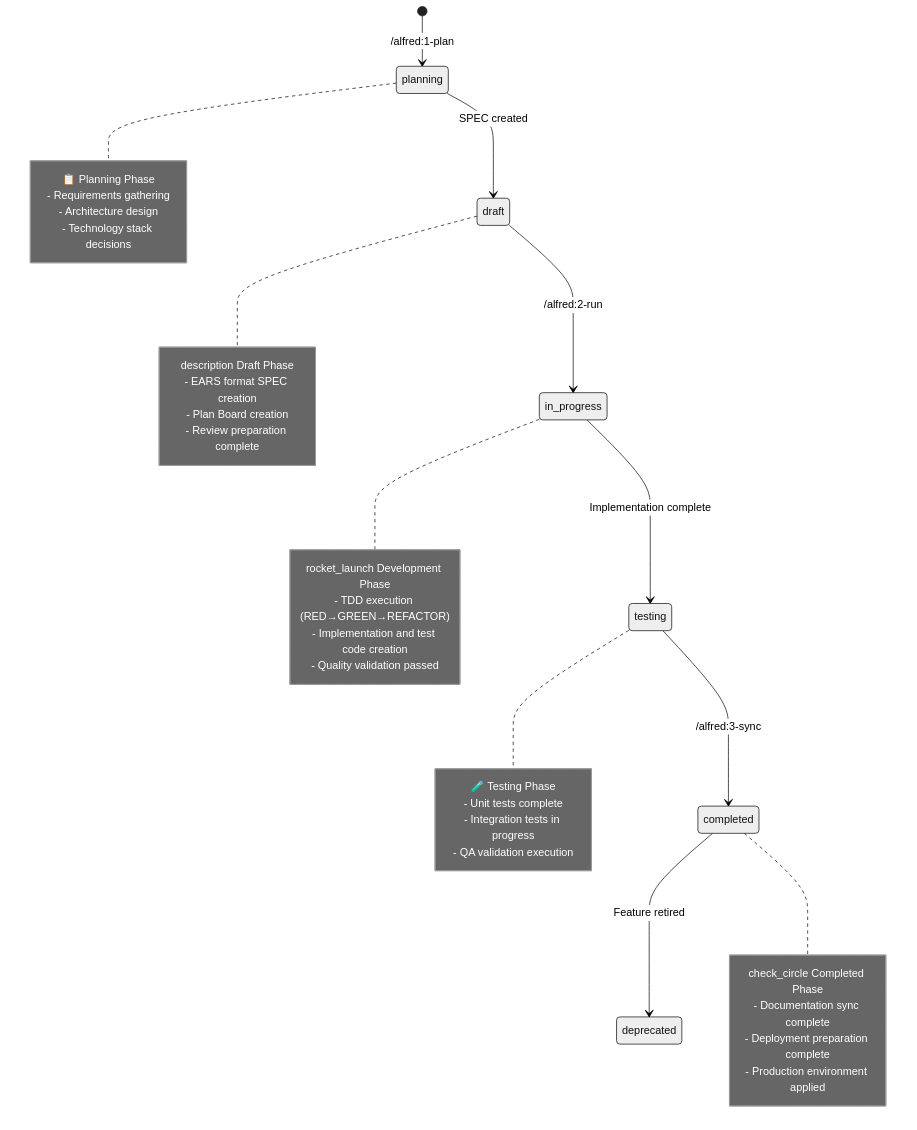
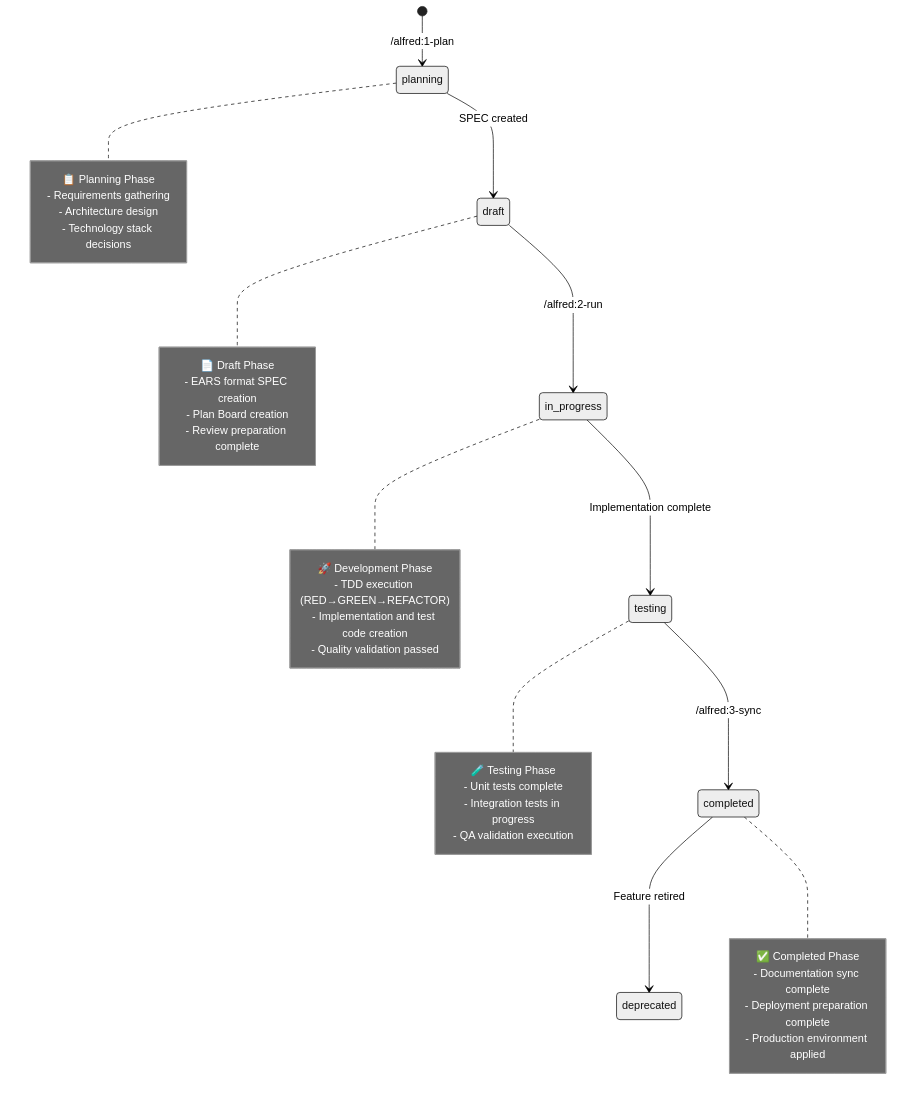
The second of 2 diagrams in docs/src/en/guides/alfred/index.md (modu-ai/moai-adk), drawn with Mermaid before and after one commit. The commit also changed other lines of this file and 207 other files, not shown here.

````diff
--- a/docs/src/en/guides/alfred/index.md
+++ b/docs/src/en/guides/alfred/index.md
@@ -76,45 +76,45 @@
 ```mermaid
 %%{init: {'theme':'neutral'}}%%
 stateDiagram-v2
     [*] --> planning: /alfred:1-plan
     planning --> draft: SPEC created
     draft --> in_progress: /alfred:2-run
     in_progress --> testing: Implementation complete
     testing --> completed: /alfred:3-sync
     completed --> deprecated: Feature retired
 
     note right of planning
         📋 Planning Phase
         - Requirements gathering
         - Architecture design
         - Technology stack decisions
     end note
 
     note right of draft
-        <span class="material-icons">description</span> Draft Phase
+        📄 Draft Phase
         - EARS format SPEC creation
         - Plan Board creation
         - Review preparation complete
     end note
 
     note right of in_progress
-        <span class="material-icons">rocket_launch</span> Development Phase
+        🚀 Development Phase
         - TDD execution (RED→GREEN→REFACTOR)
         - Implementation and test code creation
         - Quality validation passed
     end note
 
     note right of testing
         🧪 Testing Phase
         - Unit tests complete
         - Integration tests in progress
         - QA validation execution
     end note
 
     note right of completed
-        <span class="material-icons">check_circle</span> Completed Phase
+        ✅ Completed Phase
         - Documentation sync complete
         - Deployment preparation complete
         - Production environment applied
     end note
 ```
````
